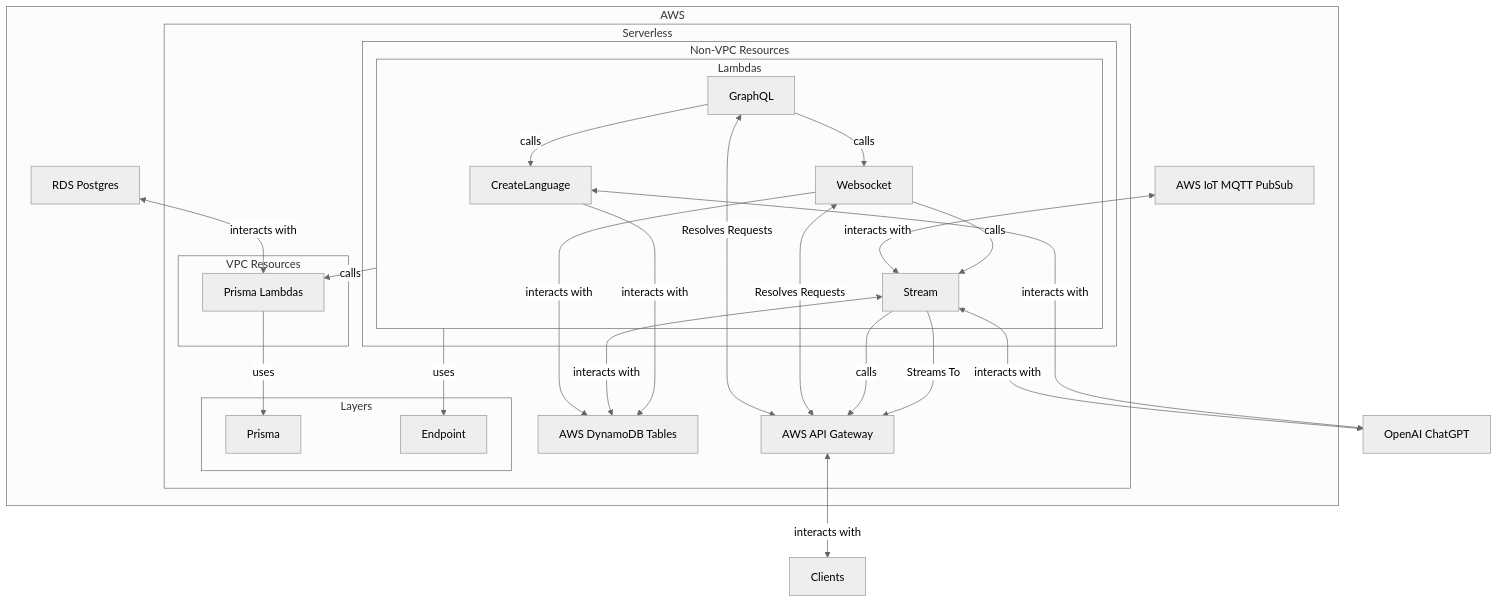
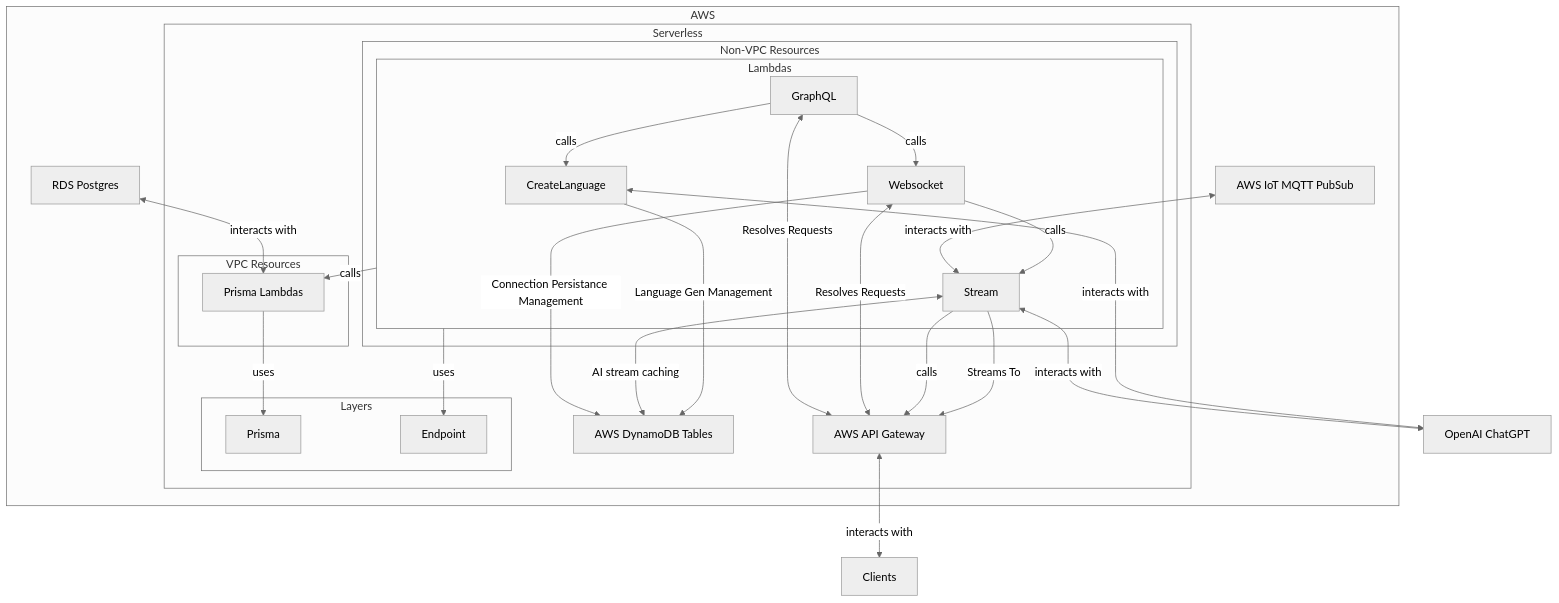
Before and after one commit to GildedPleb/bitcoin-helps: the second of 3 diagrams in README.md, drawn with Mermaid (neutral theme). The commit also changed other lines of this file and 3 other files, not shown here.

````diff
--- a/README.md
+++ b/README.md
@@ -43,58 +103,58 @@
 ```mermaid
 flowchart TB
   subgraph "AWS"
     subgraph "Serverless"
       APIG["AWS API Gateway"]
       DYNAMO["AWS DynamoDB Tables"]
 
       subgraph "Non-VPC Resources"
         subgraph "Lambdas"
           CreateLanguage["CreateLanguage"]
           Websocket["Websocket"]
           GraphQL["GraphQL"]
           Stream["Stream"]
         end
       end
 
       subgraph "VPC Resources"
         PrismaLambdas["Prisma Lambdas"]
       end
 
       subgraph "Layers"
         Prisma["Prisma"]
         Endpoint["Endpoint"]
       end
     end
     RDS_Postgres["RDS Postgres"]
     AWS_IoT["AWS IoT MQTT PubSub"]
   end
 
   OpenAIGPT["OpenAI ChatGPT"]
   Internet["Clients"]
 
 
   Lambdas-->|uses|Endpoint
   PrismaLambdas-->|uses|Prisma
 
-  Websocket-->|interacts with|DYNAMO
-  Stream<-->|interacts with|DYNAMO
-  CreateLanguage-->|interacts with|DYNAMO
+  Websocket-->|Connection Persistance Management|DYNAMO
+  Stream<-->|AI stream caching|DYNAMO
+  CreateLanguage-->|Language Gen Management|DYNAMO
 
   Lambdas-->|calls|PrismaLambdas
   RDS_Postgres<-->|interacts with|PrismaLambdas
 
   Stream<-->|interacts with|OpenAIGPT
   CreateLanguage<-->|interacts with|OpenAIGPT
 
   GraphQL<-->|Resolves Requests|APIG
   Websocket<-->|Resolves Requests|APIG
   Stream-->|calls|APIG
   Stream-->|Streams To|APIG
 
   APIG<-->|interacts with|Internet
   AWS_IoT<-->|interacts with|Stream
 
   Websocket-->|calls|Stream
   GraphQL-->|calls|CreateLanguage
   GraphQL-->|calls|Websocket
 ```
````
